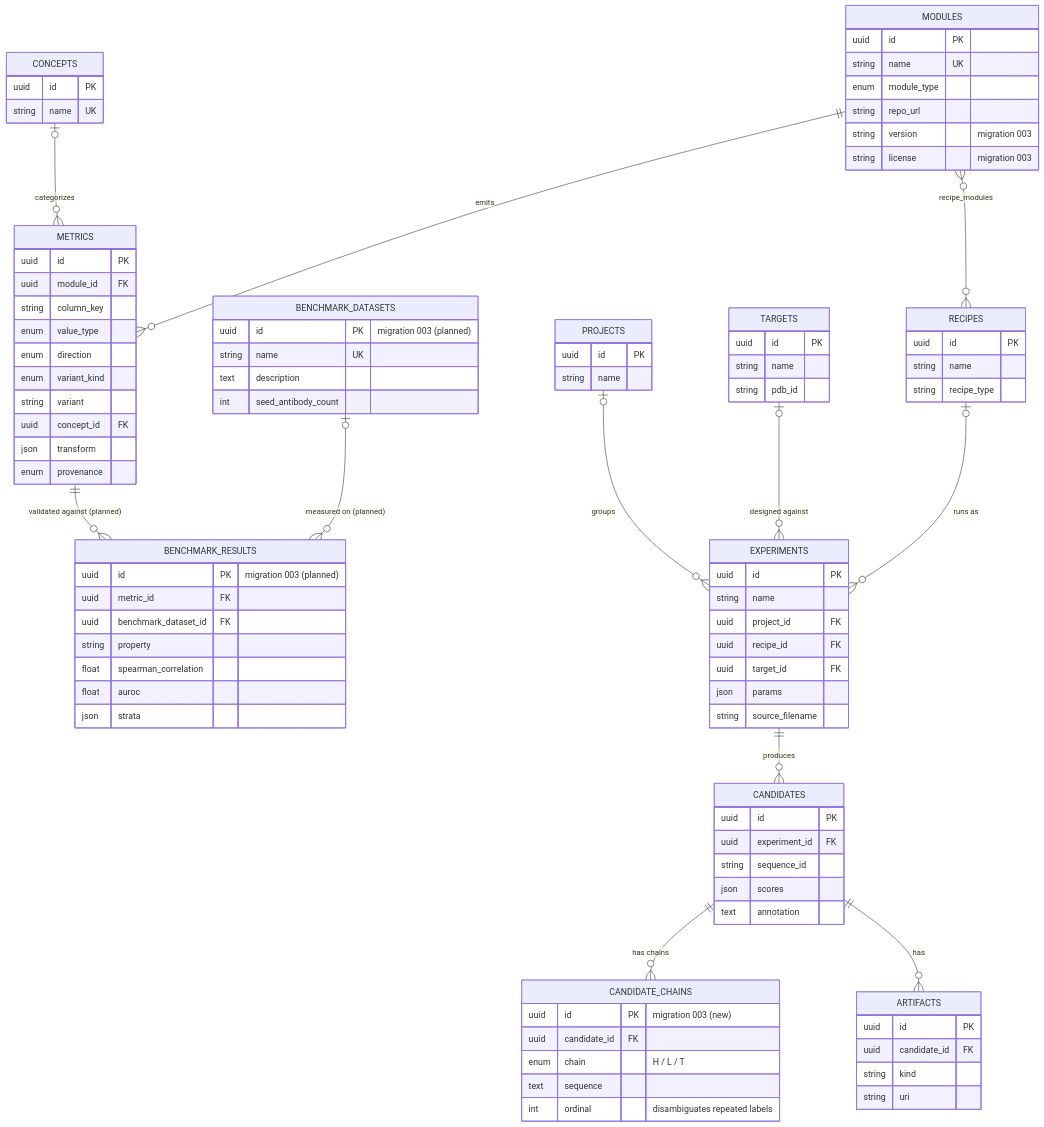
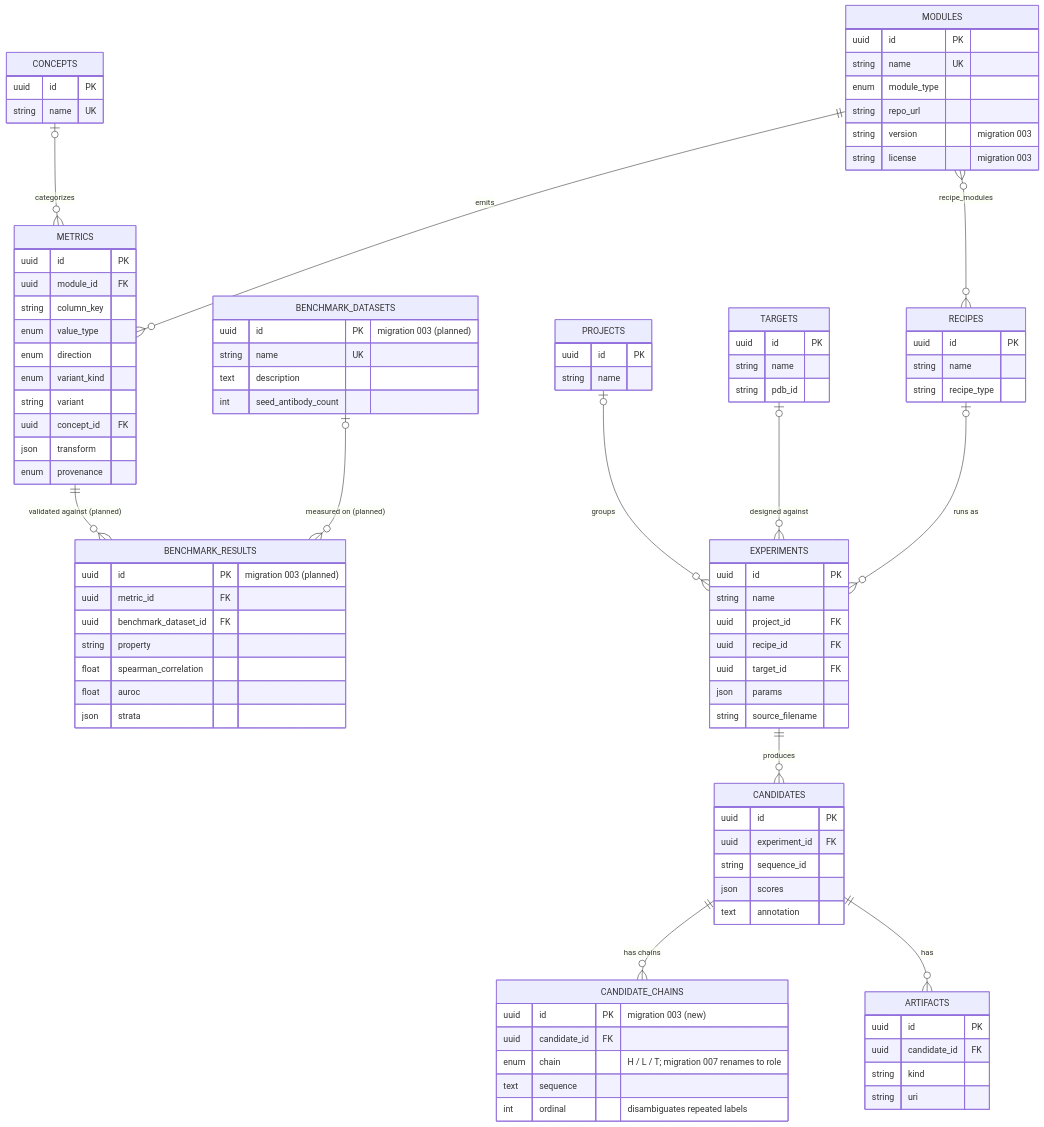
The first of 2 diagrams in docs/schema-erd.md (RyanShinra/AffinityLog), drawn with Mermaid before and after one commit. The commit also changed other lines of this file and 4 other files, not shown here.

```diff
--- a/docs/schema-erd.md
+++ b/docs/schema-erd.md
@@ -91,7 +91,7 @@
   CANDIDATE_CHAINS {
     uuid id PK "migration 003 (new)"
     uuid candidate_id FK
-    enum chain "H / L / T"
+    enum chain "H / L / T; migration 007 renames to role"
     text sequence
     int ordinal "disambiguates repeated labels"
   }
```
